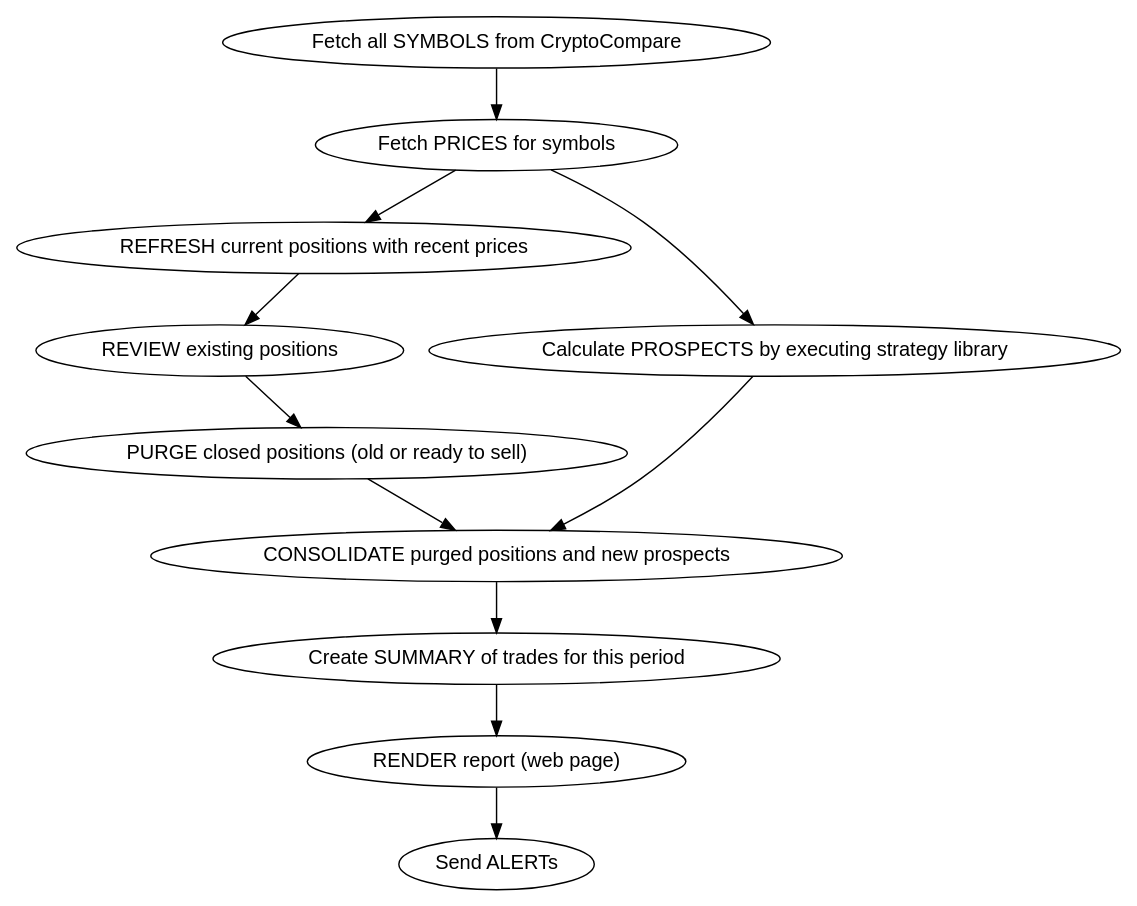
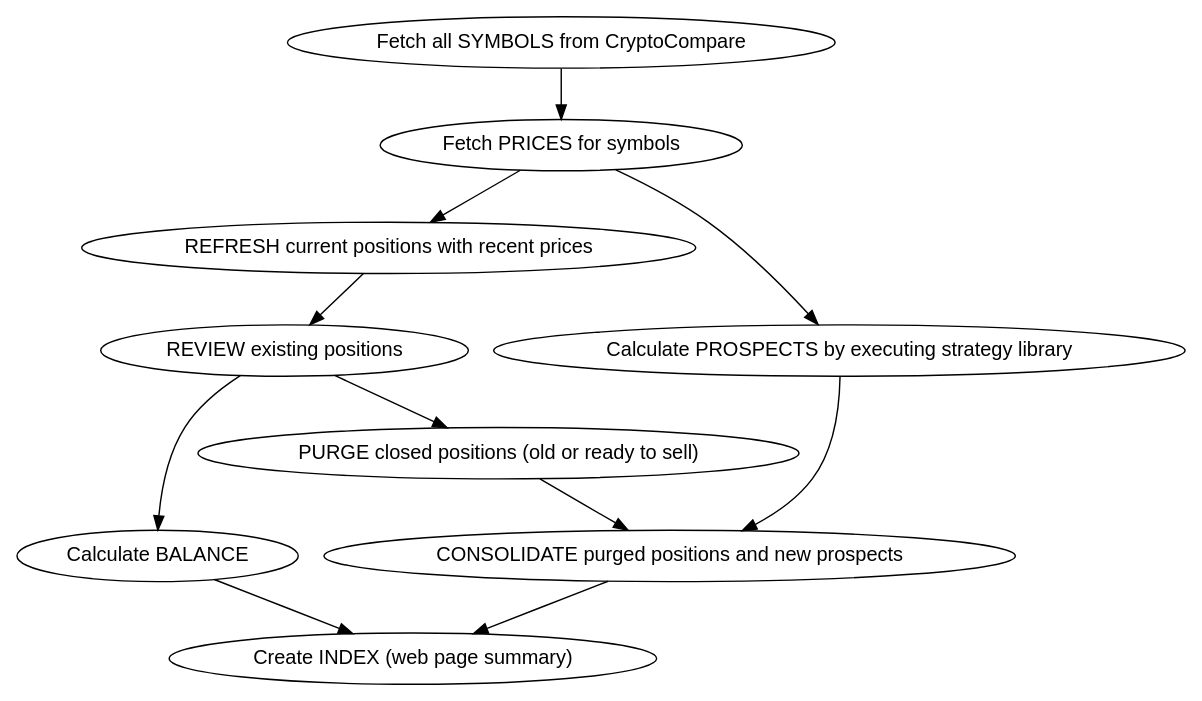
One commit to deanturpin/handt changed the diagram in doc/handt.dot. Above: the diagram before and after it, drawn with Graphviz. The commit also changed 1 other file, not shown here.

Commit message:
Add balance stage

```diff
--- a/doc/handt.dot
+++ b/doc/handt.dot
@@ -1,25 +1,30 @@
 digraph {
 
   node [fontname=Helvetica]
 
   review [label="REVIEW existing positions"]
   purge [label="PURGE closed positions (old or ready to sell)"]
   consolidate [label="CONSOLIDATE purged positions and new prospects"]
+  balance [label="Calculate BALANCE"]
+  index [label="Create INDEX (web page summary)"]
 
   "Fetch all SYMBOLS from CryptoCompare"
     -> "Fetch PRICES for symbols"
     -> "REFRESH current positions with recent prices"
     -> review
 
   "Fetch PRICES for symbols"
     -> "Calculate PROSPECTS by executing strategy library"
     -> consolidate
 
   // Consolidate takes review and new
   review
     -> purge
     -> consolidate
-    -> "Create SUMMARY of trades for this period"
-    -> "RENDER report (web page)"
-    -> "Send ALERTs"
+    -> index
+
+  // Balance calculation
+  review
+    -> balance
+    -> index
 }
```
